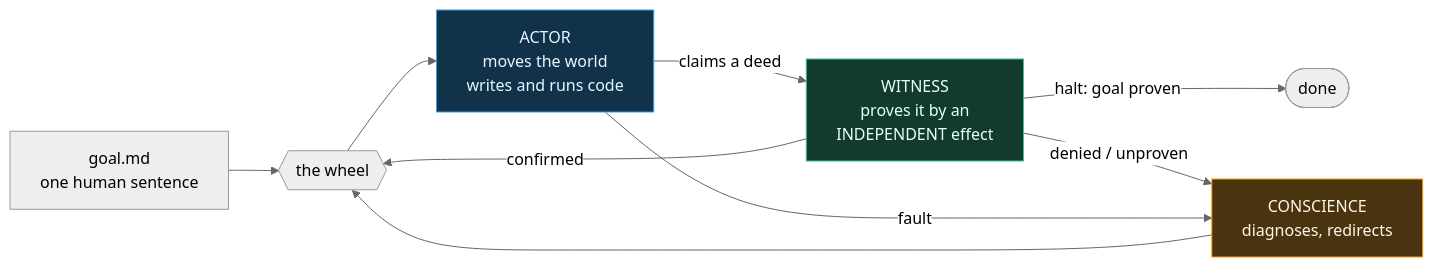
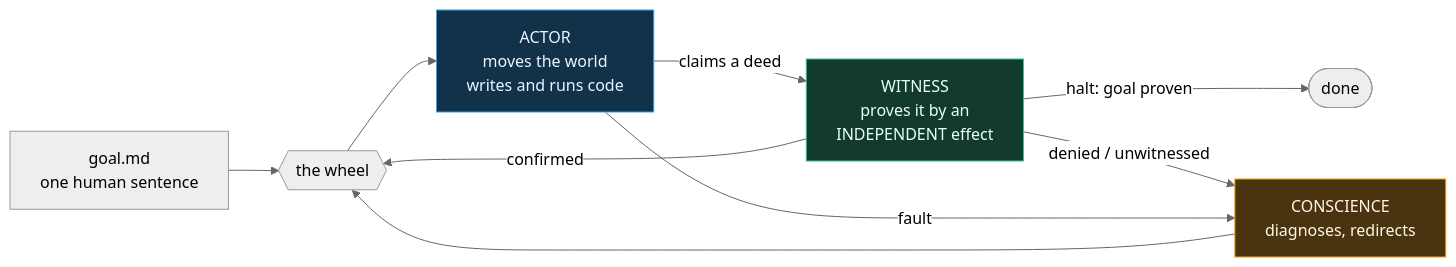
Before and after one commit to wgabrys88/endgame-ai: the first of 2 diagrams in README.md, drawn with Mermaid (neutral theme). The commit also changed other lines of this file, not shown here.

````diff
--- a/README.md
+++ b/README.md
@@ -93,17 +45,17 @@
 ```mermaid
 flowchart LR
     G["goal.md<br/>one human sentence"] --> W{{"the wheel"}}
     W --> A["ACTOR<br/>moves the world<br/>writes and runs code"]
     A -->|"claims a deed"| V["WITNESS<br/>proves it by an<br/>INDEPENDENT effect"]
     V -->|confirmed| W
     V -->|"halt: goal proven"| DONE(["done"])
-    V -->|"denied / unproven"| C["CONSCIENCE<br/>diagnoses, redirects"]
+    V -->|"denied / unwitnessed"| C["CONSCIENCE<br/>diagnoses, redirects"]
     A -->|fault| C
     C --> W
     classDef act fill:#12324a,stroke:#3ba0e6,color:#eaf6ff
     classDef win fill:#123b2e,stroke:#31c48d,color:#eafff5
     classDef con fill:#4a3410,stroke:#f59e0b,color:#fff7e6
     class A act
     class V win
     class C con
 ```
````
